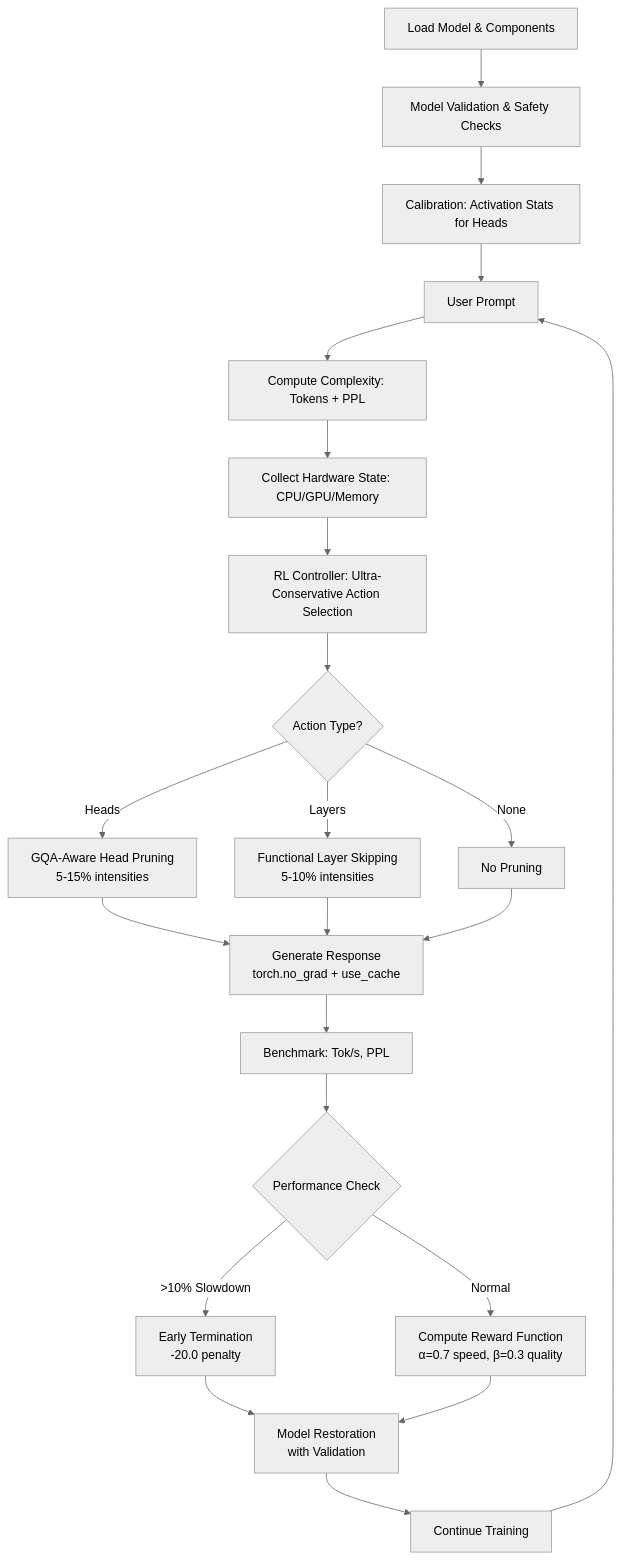
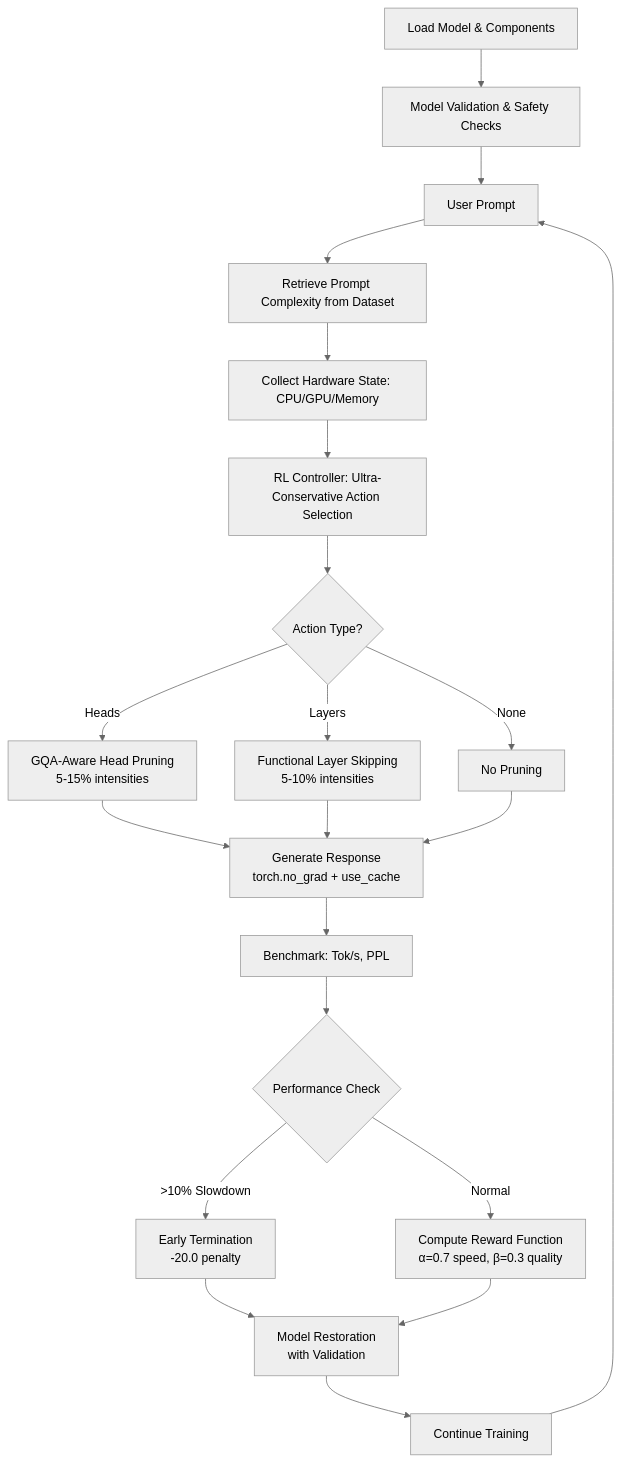
One commit to asief-iqbal/Thesis changed the second of 4 diagrams in README.md. Above: the diagram before and after it, drawn with Mermaid (neutral theme).

Commit message:
Fix training workflow diagram for model validation
Updated workflow diagram to correct model validation step.

````diff
--- a/README.md
+++ b/README.md
@@ -268,24 +268,23 @@
 ```mermaid
 flowchart TD
-    A[Load Model & Components] --> B[Model Validation & Safety Checks]
-    B --> C[Calibration: Activation Stats for Heads]
+    A[Load Model & Components] --> C[Model Validation & Safety Checks]
     C --> D[User Prompt]
-    D --> E[Compute Complexity: Tokens + PPL]
+    D --> E[Retrieve Prompt Complexity from Dataset]
     E --> F[Collect Hardware State: CPU/GPU/Memory]
     F --> G[RL Controller: Ultra-Conservative Action Selection]
     G --> H{Action Type?}
     H -->|Heads| I[GQA-Aware Head Pruning<br/>5-15% intensities]
     H -->|Layers| J[Functional Layer Skipping<br/>5-10% intensities]
     H -->|None| K[No Pruning]
     I --> L[Generate Response<br/>torch.no_grad + use_cache]
     J --> L
     K --> L
     L --> M[Benchmark: Tok/s, PPL]
     M --> N{Performance Check}
     N -->|>10% Slowdown| O[Early Termination<br/>-20.0 penalty]
     N -->|Normal| P[Compute Reward Function<br/>α=0.7 speed, β=0.3 quality]
     O --> Q[Model Restoration<br/>with Validation]
     P --> Q
     Q --> R[Continue Training]
     R --> D
 ```
````
